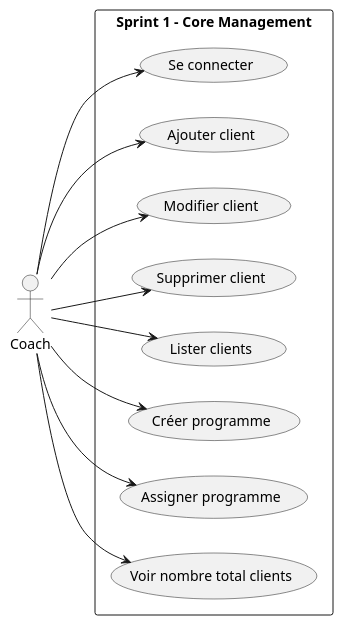
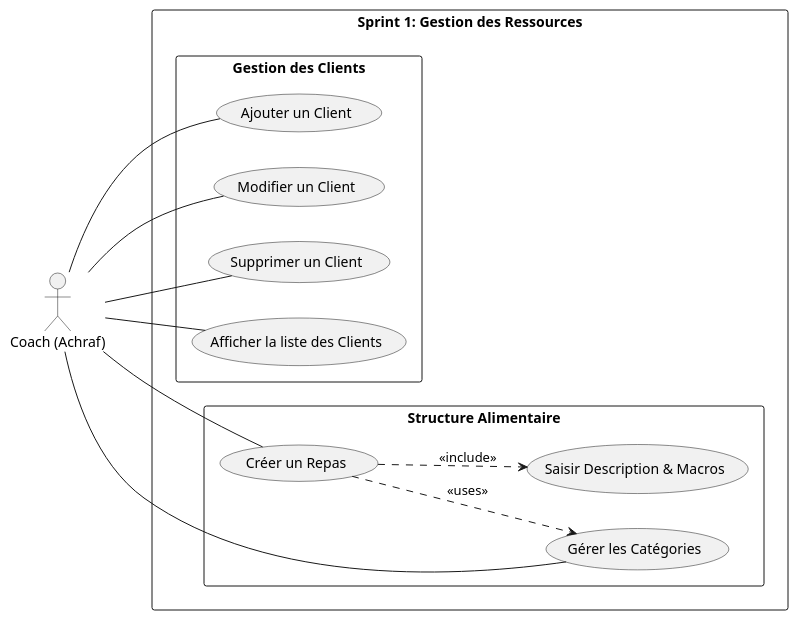
The diagram in Analyse/usecase-diagramme/use-case-sprint1.plantuml (BenTaleb-Mehdi/Project-PFE), drawn with PlantUML before and after one commit.

Commit message:
Update use case diagram for Sprint 1

```diff
--- a/Analyse/usecase-diagramme/use-case-sprint1.plantuml
+++ b/Analyse/usecase-diagramme/use-case-sprint1.plantuml
@@ -1,20 +1,33 @@
 @startuml
 left to right direction
+skinparam packageStyle rectangle
 
-actor Coach
+actor "Coach (Achraf)" as Coach
 
-rectangle "Sprint 1 - Core Management" {
+rectangle "Sprint 1: Gestion des Ressources" {
+  
+  package "Gestion des Clients" {
+    (Ajouter un Client) as (AddC)
+    (Modifier un Client) as (EditC)
+    (Supprimer un Client) as (DelC)
+    (Afficher la liste des Clients) as (ListC)
+  }
+  
+  package "Structure Alimentaire" {
+    (Gérer les Catégories) as (Cat)
+    (Créer un Repas) as (AddM)
+    (Saisir Description & Macros) as (Macro)
+    
+    (AddM) ..> (Macro) : <<include>>
+    (AddM) ..> (Cat) : <<uses>>
+  }
 
-  Coach --> (Se connecter)
-  Coach --> (Ajouter client)
-  Coach --> (Modifier client)
-  Coach --> (Supprimer client)
-  Coach --> (Lister clients)
-
-  Coach --> (Créer programme)
-  Coach --> (Assigner programme)
-
-  Coach --> (Voir nombre total clients)
+  Coach -- (AddC)
+  Coach -- (EditC)
+  Coach -- (DelC)
+  Coach -- (ListC)
+  
+  Coach -- (Cat)
+  Coach -- (AddM)
 }
-
 @enduml
```
